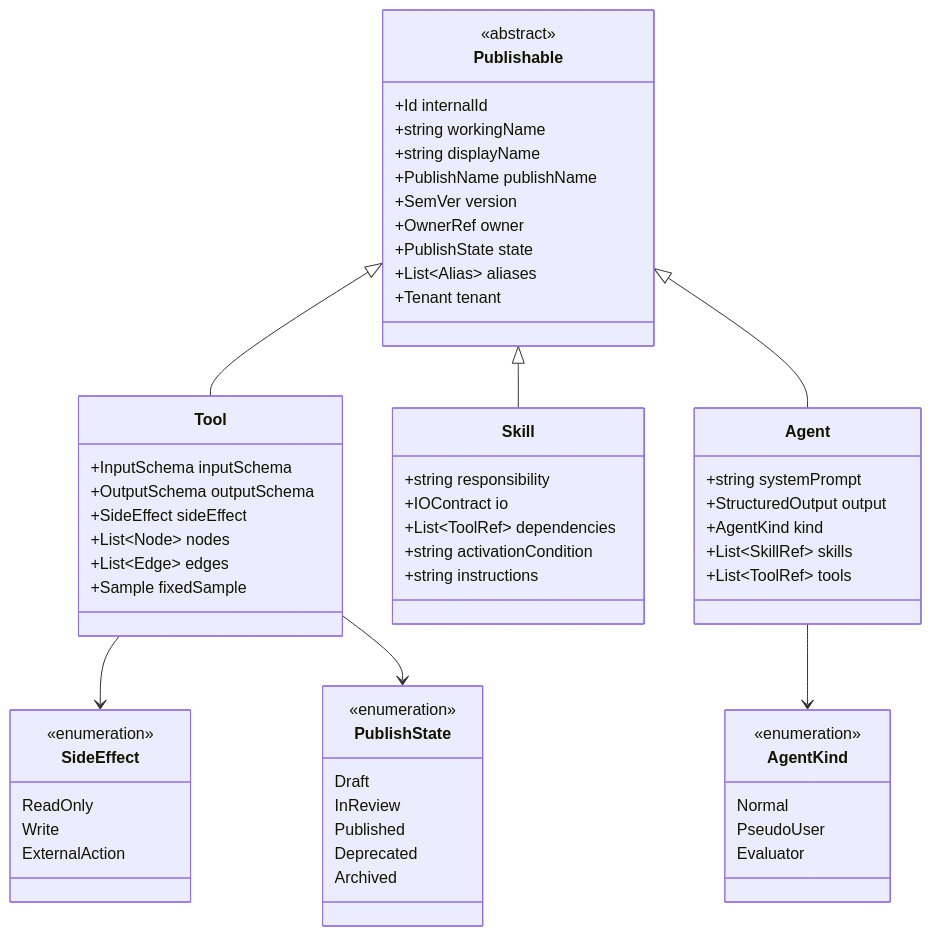
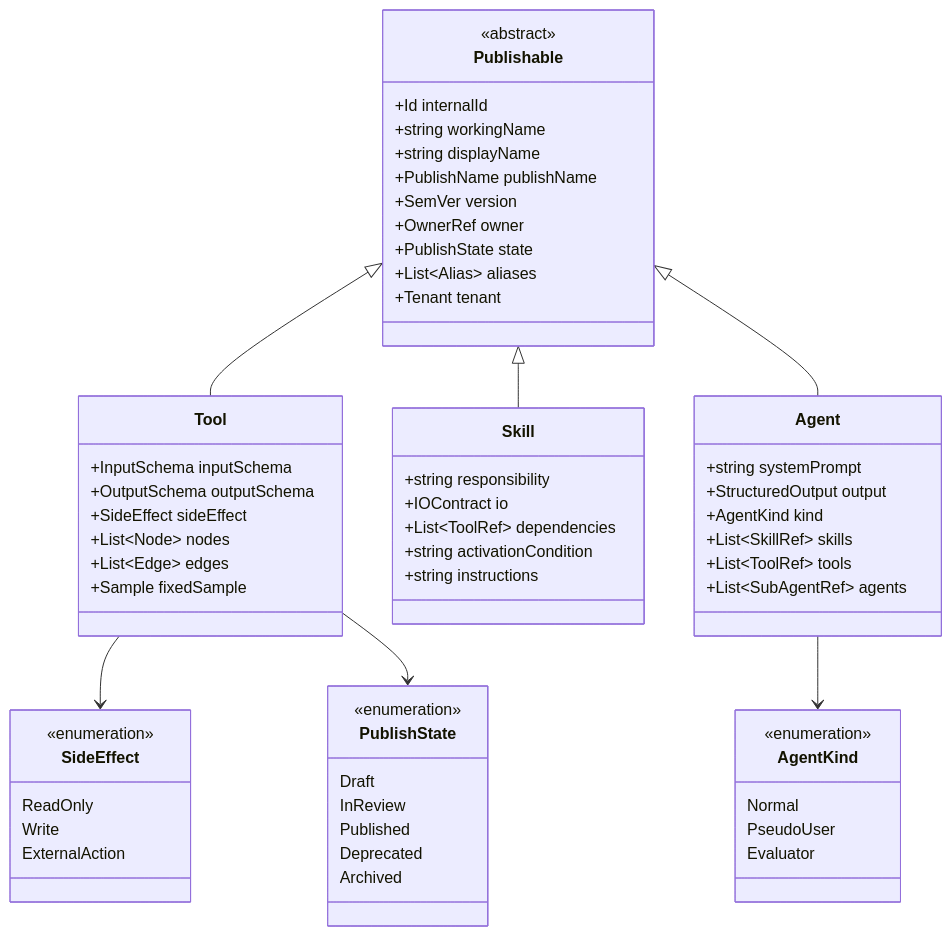
Before and after one commit to yy7613/agentblume: the second of 6 diagrams in docs/03-domain-model.md, drawn with Mermaid. The commit also changed other lines of this file and 5 other files, not shown here.

First line of the commit message:
Design: multi-agent via sub-agent delegation with uniform Agent abstraction (v17 plan)

````diff
--- a/docs/03-domain-model.md
+++ b/docs/03-domain-model.md
@@ -50,70 +50,71 @@
 ```mermaid
 classDiagram
   class Publishable {
     <<abstract>>
     +Id internalId
     +string workingName
     +string displayName
     +PublishName publishName
     +SemVer version
     +OwnerRef owner
     +PublishState state
     +List~Alias~ aliases
     +Tenant tenant
   }
 
   class PublishState {
     <<enumeration>>
     Draft
     InReview
     Published
     Deprecated
     Archived
   }
 
   class Tool {
     +InputSchema inputSchema
     +OutputSchema outputSchema
     +SideEffect sideEffect
     +List~Node~ nodes
     +List~Edge~ edges
     +Sample fixedSample
   }
 
   class Skill {
     +string responsibility
     +IOContract io
     +List~ToolRef~ dependencies
     +string activationCondition
     +string instructions
   }
 
   class Agent {
     +string systemPrompt
     +StructuredOutput output
     +AgentKind kind
     +List~SkillRef~ skills
     +List~ToolRef~ tools
+    +List~SubAgentRef~ agents
   }
 
   class SideEffect {
     <<enumeration>>
     ReadOnly
     Write
     ExternalAction
   }
 
   class AgentKind {
     <<enumeration>>
     Normal
     PseudoUser
     Evaluator
   }
 
   Publishable <|-- Tool
   Publishable <|-- Skill
   Publishable <|-- Agent
   Tool --> SideEffect
   Tool --> PublishState
   Agent --> AgentKind
 ```
````
